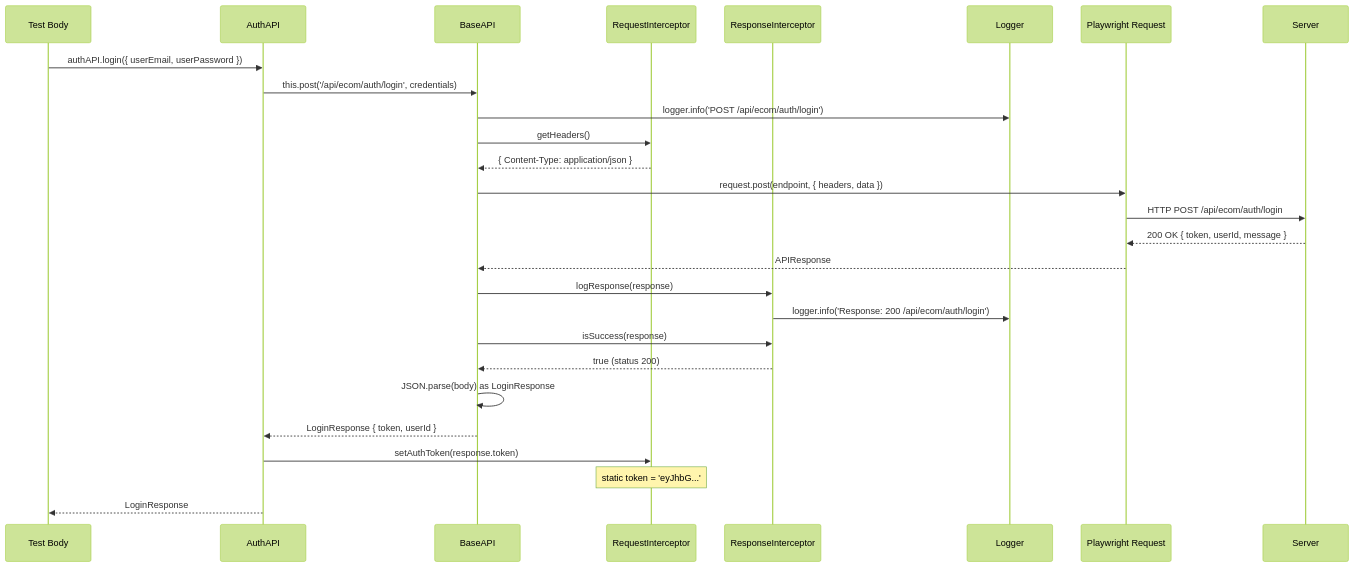
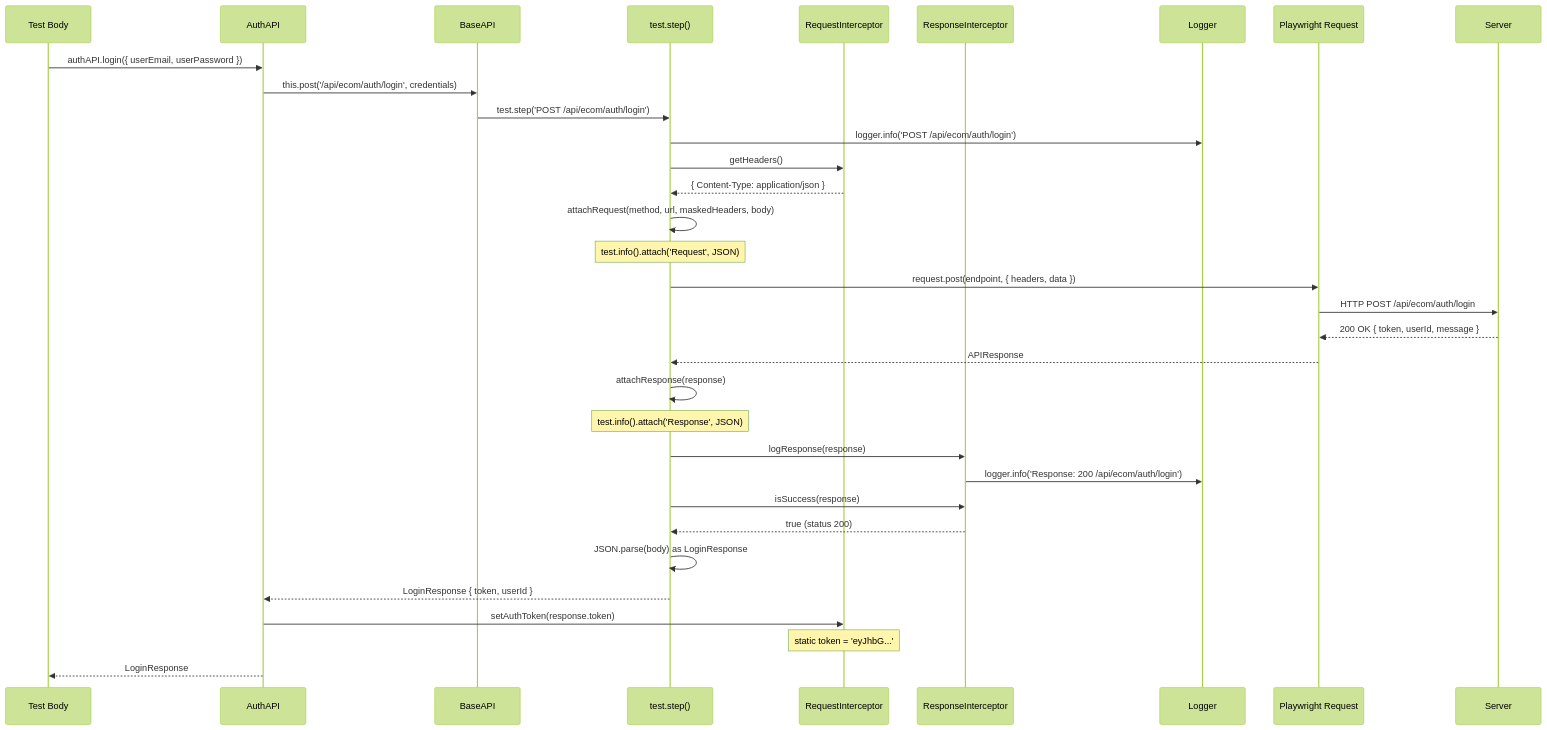
Before and after one commit to MahmoudSDET/Playwright-UI-API: diagram 12 of 16 in playwright-framework/Framework-Architecture.md, drawn with Mermaid (forest theme). The commit also changed other lines of this file and 11 other files, not shown here.

````diff
--- a/playwright-framework/Framework-Architecture.md
+++ b/playwright-framework/Framework-Architecture.md
@@ -775,33 +872,41 @@
 ```mermaid
 sequenceDiagram
     participant Test as Test Body
     participant Auth as AuthAPI
     participant Base as BaseAPI
+    participant Step as test.step()
     participant ReqI as RequestInterceptor
     participant ResI as ResponseInterceptor
     participant Log as Logger
     participant PW as Playwright Request
     participant Server as Server
 
     Test->>Auth: authAPI.login({ userEmail, userPassword })
     Auth->>Base: this.post('/api/ecom/auth/login', credentials)
-    Base->>Log: logger.info('POST /api/ecom/auth/login')
-    Base->>ReqI: getHeaders()
-    ReqI-->>Base: { Content-Type: application/json }
+    Base->>Step: test.step('POST /api/ecom/auth/login')
+    Step->>Log: logger.info('POST /api/ecom/auth/login')
+    Step->>ReqI: getHeaders()
+    ReqI-->>Step: { Content-Type: application/json }
 
-    Base->>PW: request.post(endpoint, { headers, data })
+    Step->>Step: attachRequest(method, url, maskedHeaders, body)
+    Note over Step: test.info().attach('Request', JSON)
+
+    Step->>PW: request.post(endpoint, { headers, data })
     PW->>Server: HTTP POST /api/ecom/auth/login
     Server-->>PW: 200 OK { token, userId, message }
-    PW-->>Base: APIResponse
+    PW-->>Step: APIResponse
 
-    Base->>ResI: logResponse(response)
+    Step->>Step: attachResponse(response)
+    Note over Step: test.info().attach('Response', JSON)
+
+    Step->>ResI: logResponse(response)
     ResI->>Log: logger.info('Response: 200 /api/ecom/auth/login')
-    Base->>ResI: isSuccess(response)
-    ResI-->>Base: true (status 200)
-    Base->>Base: JSON.parse(body) as LoginResponse
+    Step->>ResI: isSuccess(response)
+    ResI-->>Step: true (status 200)
+    Step->>Step: JSON.parse(body) as LoginResponse
 
-    Base-->>Auth: LoginResponse { token, userId }
+    Step-->>Auth: LoginResponse { token, userId }
     Auth->>ReqI: setAuthToken(response.token)
     Note over ReqI: static token = 'eyJhbG...'
     Auth-->>Test: LoginResponse
 ```
````
